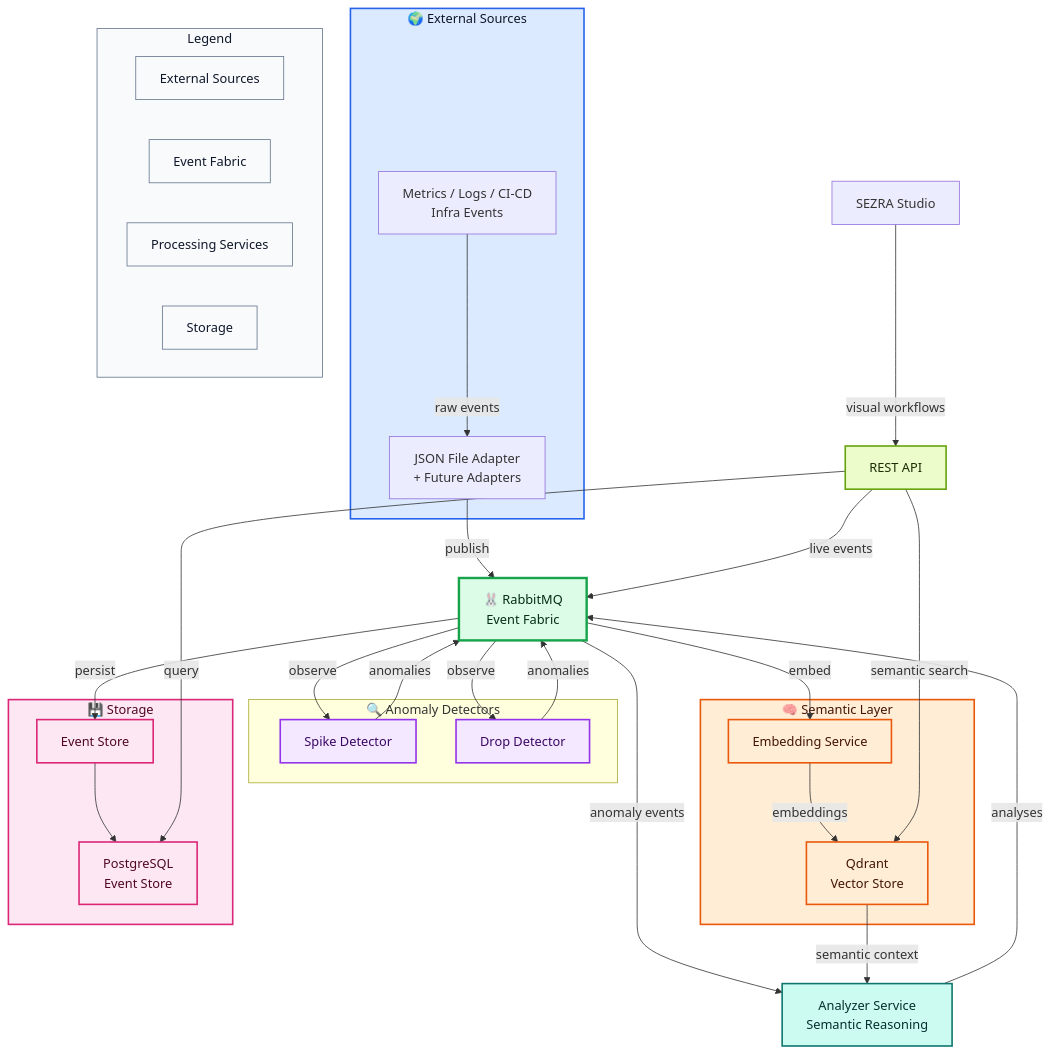
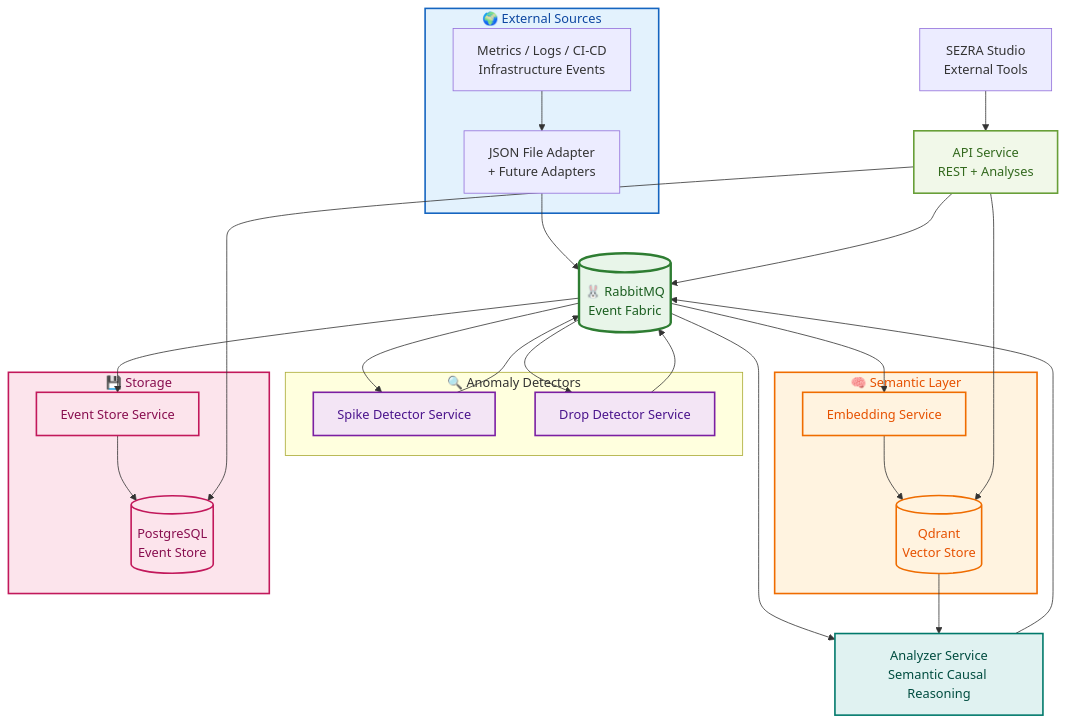
Before and after one commit to orhangezginci/sezra: the diagram in README.md, drawn with Mermaid. The commit also changed other lines of this file, not shown here.

Commit message:
update fix mermaid README.md

````diff
--- a/README.md
+++ b/README.md
@@ -86,112 +85,78 @@
 ```mermaid
 flowchart TD
+    %% === STYLES ===
+    classDef external fill:#e3f2fd,stroke:#1565c0,stroke-width:2px,color:#0d47a1
+    classDef bus fill:#e8f5e9,stroke:#2e7d32,stroke-width:3px,color:#1b5e20
+    classDef detector fill:#f3e5f5,stroke:#7b1fa2,stroke-width:2px,color:#4a148c
+    classDef semantic fill:#fff3e0,stroke:#ef6c00,stroke-width:2px,color:#e65100
+    classDef storage fill:#fce4ec,stroke:#c2185b,stroke-width:2px,color:#880e4f
+    classDef core fill:#e0f2f1,stroke:#00796b,stroke-width:2px,color:#004d40
+    classDef api fill:#f1f8e9,stroke:#689f38,stroke-width:2px,color:#33691e
 
-    %% =========================
-    %% STYLES
-    %% =========================
-    classDef external fill:#dbeafe,stroke:#2563eb,stroke-width:2px,color:#0f172a
-    classDef bus fill:#dcfce7,stroke:#16a34a,stroke-width:3px,color:#052e16
-    classDef detector fill:#f3e8ff,stroke:#9333ea,stroke-width:2px,color:#3b0764
-    classDef semantic fill:#ffedd5,stroke:#ea580c,stroke-width:2px,color:#431407
-    classDef storage fill:#fce7f3,stroke:#db2777,stroke-width:2px,color:#500724
-    classDef core fill:#ccfbf1,stroke:#0f766e,stroke-width:2px,color:#042f2e
-    classDef api fill:#ecfccb,stroke:#65a30d,stroke-width:2px,color:#1a2e05
-    classDef legend fill:#f8fafc,stroke:#64748b,stroke-width:1px,color:#0f172a
-
-    %% =========================
-    %% EXTERNAL INPUTS
-    %% =========================
+    %% === EXTERNAL INPUTS ===
     subgraph External["🌍 External Sources"]
-        ADAPTER["JSON File Adapter<br/>+ Future Adapters"]
-        EXTERNAL["Metrics / Logs / CI-CD<br/>Infra Events"]
+        ADAPTER[JSON File Adapter<br/>+ Future Adapters]
+        EXTERNAL[Metrics / Logs / CI-CD<br/>Infrastructure Events]
     end
 
-    %% =========================
-    %% EVENT BUS
-    %% =========================
-    RABBIT["🐰 RabbitMQ<br/>Event Fabric"]
+    %% === EVENT BUS ===
+    RABBIT[(🐰 RabbitMQ<br/>Event Fabric)]
 
-    %% =========================
-    %% DETECTORS
-    %% =========================
+    %% === DETECTORS ===
     subgraph Detectors["🔍 Anomaly Detectors"]
-        SPIKE["Spike Detector"]
-        DROP["Drop Detector"]
+        SPIKE[Spike Detector Service]
+        DROP[Drop Detector Service]
     end
 
-    %% =========================
-    %% SEMANTIC LAYER
-    %% =========================
+    %% === SEMANTIC LAYER ===
     subgraph Semantic["🧠 Semantic Layer"]
-        EMBED["Embedding Service"]
-        QDRANT["Qdrant<br/>Vector Store"]
+        EMBED[Embedding Service]
+        QDRANT[(Qdrant<br/>Vector Store)]
     end
 
-    %% =========================
-    %% CORE PROCESSING
-    %% =========================
-    ANALYZER["Analyzer Service<br/>Semantic Reasoning"]
+    %% === CORE PROCESSING ===
+    ANALYZER[Analyzer Service<br/>Semantic Causal Reasoning]
 
-    %% =========================
-    %% STORAGE
-    %% =========================
+    %% === STORAGE ===
     subgraph Storage["💾 Storage"]
-        EVENTSTORE["Event Store"]
-        PG["PostgreSQL<br/>Event Store"]
+        EVENTSTORE[Event Store Service]
+        PG[(PostgreSQL<br/>Event Store)]
     end
 
-    %% =========================
-    %% OUTPUT
-    %% =========================
-    API["REST API"]
+    %% === OUTPUT ===
+    API[API Service<br/>REST + Analyses]
 
-    %% =========================
-    %% FUTURE
-    %% =========================
-    STUDIO["SEZRA Studio"]
+    %% === FUTURE ===
+    STUDIO[SEZRA Studio<br/>External Tools]
 
-    %% =========================
-    %% LEGEND
-    %% =========================
-    subgraph Legend["Legend"]
-        L1["External Sources"]
-        L2["Event Fabric"]
-        L3["Processing Services"]
-        L4["Storage"]
-    end
+    %% === DATA FLOW ===
+    EXTERNAL --> ADAPTER
+    ADAPTER --> RABBIT
 
-    %% =========================
-    %% DATA FLOW
-    %% =========================
-    EXTERNAL -->|"raw events"| ADAPTER
-    ADAPTER -->|"publish"| RABBIT
+    RABBIT --> SPIKE
+    RABBIT --> DROP
+    RABBIT --> EMBED
 
-    RABBIT -->|"observe"| SPIKE
-    RABBIT -->|"observe"| DROP
-    RABBIT -->|"embed"| EMBED
+    SPIKE --> RABBIT
+    DROP --> RABBIT
 
-    SPIKE -->|"anomalies"| RABBIT
-    DROP -->|"anomalies"| RABBIT
+    EMBED --> QDRANT
 
-    EMBED -->|"embeddings"| QDRANT
+    RABBIT --> ANALYZER
+    QDRANT --> ANALYZER
 
-    RABBIT -->|"anomaly events"| ANALYZER
-    QDRANT -->|"semantic context"| ANALYZER
+    ANALYZER --> RABBIT
 
-    ANALYZER -->|"analyses"| RABBIT
-
-    RABBIT -->|"persist"| EVENTSTORE
+    RABBIT --> EVENTSTORE
     EVENTSTORE --> PG
 
-    API -->|"query"| PG
-    API -->|"semantic search"| QDRANT
-    API -->|"live events"| RABBIT
+    API --> PG
+    API --> QDRANT
+    API --> RABBIT
 
-    STUDIO -->|"visual workflows"| API
+    STUDIO --> API
 
-    %% =========================
-    %% APPLY STYLES
-    %% =========================
+    %% === APPLY STYLES ===
     class External external
     class RABBIT bus
     class SPIKE,DROP detector
@@ -199,5 +164,4 @@
     class Storage,PG,EVENTSTORE storage
     class ANALYZER core
     class API api
-    class Legend,L1,L2,L3,L4 legend
 ```
````
